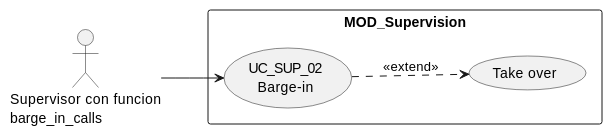
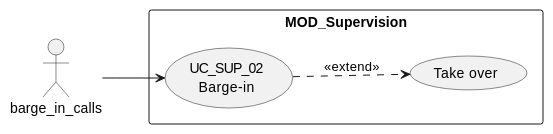
One commit to jcg-admin/IACT-docs changed the first of 4 diagrams in source/requisitos/casos-uso/supervision/uc-sup-02/diagramas-uml.rst. Above: the diagram before and after it, drawn with PlantUML. The commit also changed other lines of this file and 77 other files, not shown here.

First line of the commit message:
Enforce RBAC function names as actors in all UML diagrams

```diff
--- a/source/requisitos/casos-uso/supervision/uc-sup-02/diagramas-uml.rst
+++ b/source/requisitos/casos-uso/supervision/uc-sup-02/diagramas-uml.rst
@@ -10,12 +10,12 @@
 .. uml::
 
  @startuml
  left to right direction
- actor "Supervisor con funcion\nbarge_in_calls" as SUP
+ actor "barge_in_calls" as SUP
  rectangle "MOD_Supervision" {
    usecase "UC_SUP_02\nBarge-in" as UC
    usecase "Take over" as TO
  }
  SUP --> UC
  UC ..> TO : <<extend>>
  @enduml
```
